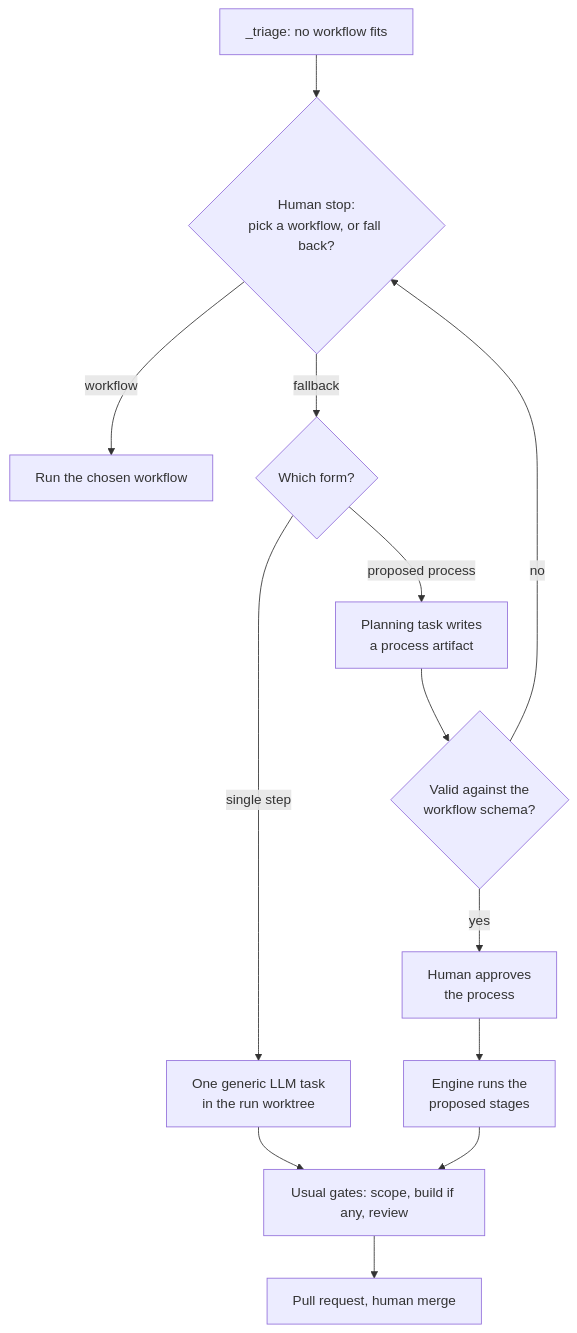
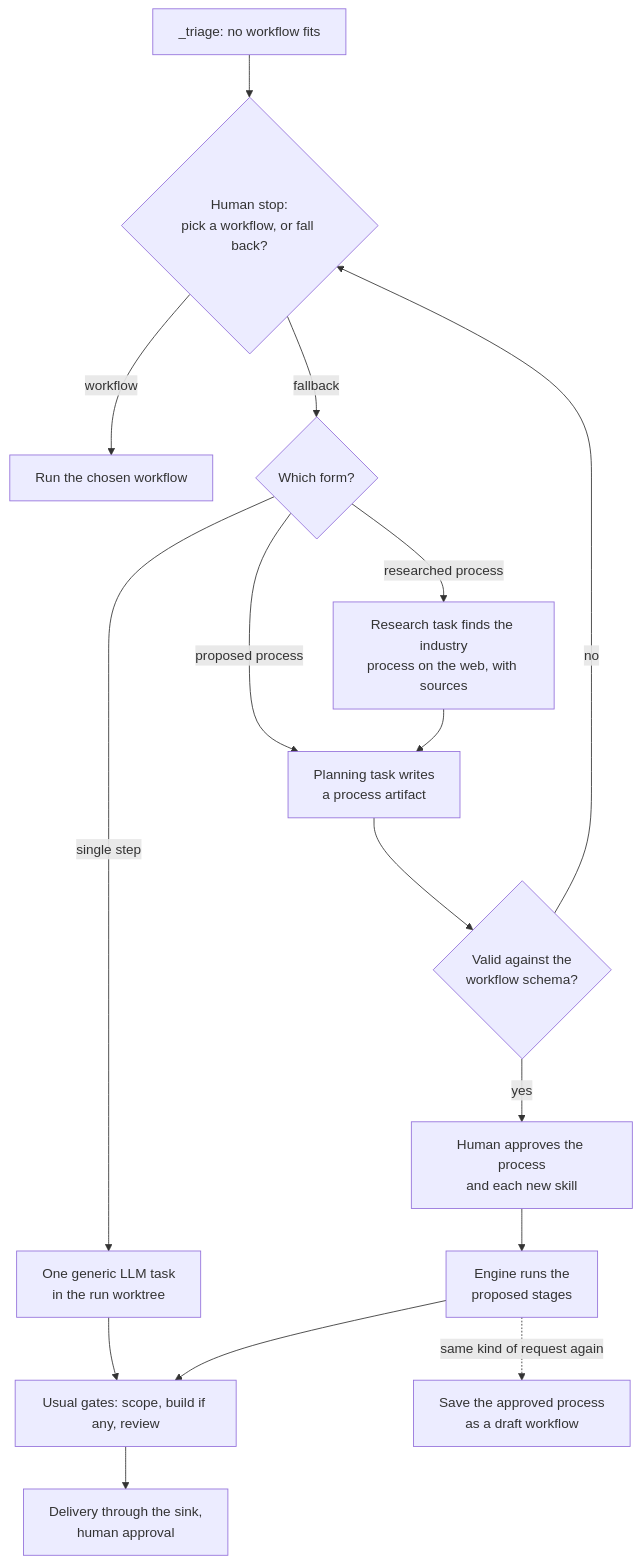
The diagram in docs/design/phase-2.md (plaktoz/factory), drawn with Mermaid before and after one commit. The commit also changed other lines of this file and 5 other files, not shown here.

````diff
--- a/docs/design/phase-2.md
+++ b/docs/design/phase-2.md
@@ -321,15 +328,18 @@
 ```mermaid
 flowchart TD
   t["_triage: no workflow fits"] --> h{"Human stop:<br/>pick a workflow, or fall back?"}
   h -- workflow --> wf["Run the chosen workflow"]
   h -- fallback --> f{"Which form?"}
   f -- single step --> s["One generic LLM task<br/>in the run worktree"]
   f -- proposed process --> p["Planning task writes<br/>a process artifact"]
+  f -- researched process --> rs["Research task finds the industry<br/>process on the web, with sources"]
+  rs --> p
   p --> v{"Valid against the<br/>workflow schema?"}
   v -- no --> h
-  v -- yes --> a["Human approves<br/>the process"]
+  v -- yes --> a["Human approves the process<br/>and each new skill"]
   a --> r["Engine runs the<br/>proposed stages"]
   s --> g["Usual gates: scope, build if any, review"]
   r --> g
-  g --> d["Pull request, human merge"]
+  g --> d["Delivery through the sink,<br/>human approval"]
+  r -. "same kind of request again" .-> sv["Save the approved process<br/>as a draft workflow"]
 ```
````
